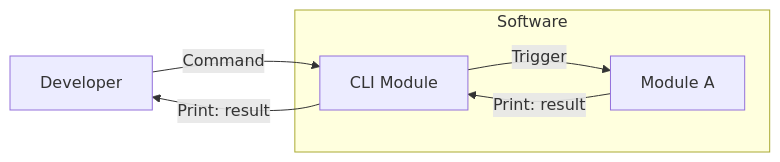
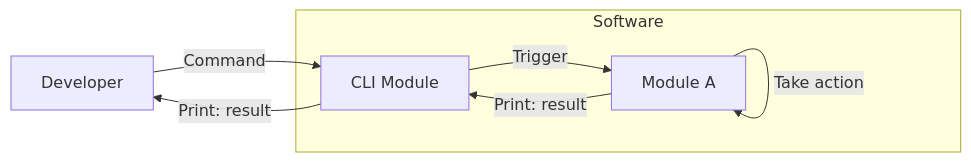
One commit to nunoya-yuma/blabot changed the first of 2 diagrams in README.md. Above: the diagram before and after it, drawn with Mermaid. The commit also changed other lines of this file and 1 other file, not shown here.

````diff
--- a/README.md
+++ b/README.md
@@ -7,15 +7,16 @@
 ```mermaid
 graph LR
     Developer[Developer]
 
     subgraph Software[Software]
         CLI_Module[CLI Module]
         Module_A[Module A]
     end
 
     Developer -->|Command| CLI_Module
     CLI_Module -->|Print: result| Developer
 
     CLI_Module -->|Trigger| Module_A
+    Module_A -->|Take action| Module_A
     Module_A -->|Print: result| CLI_Module
 ```
````
